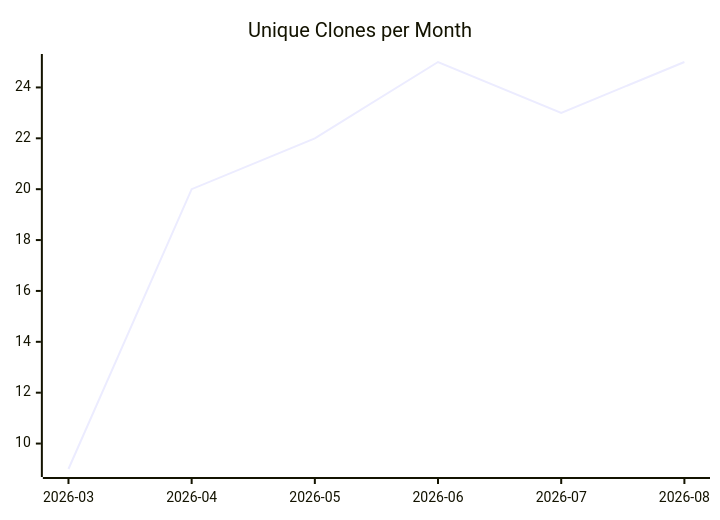
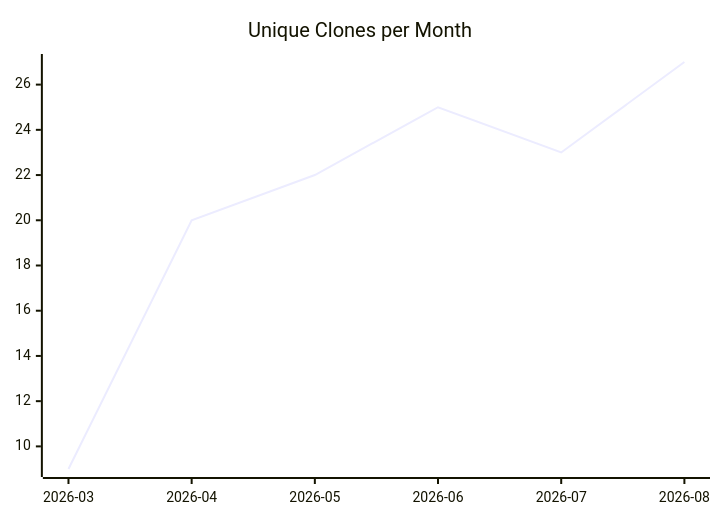
Before and after one commit to justdavis-family/github-analytics-data: the third of 3 diagrams in karlmdavis/kxml2/README.md, drawn with Mermaid. The commit also changed other lines of this file and 171 other files, not shown here.

````diff
--- a/karlmdavis/kxml2/README.md
+++ b/karlmdavis/kxml2/README.md
@@ -19,6 +19,6 @@
 ```mermaid
 xychart-beta
   title "Unique Clones per Month"
   x-axis ["2026-03", "2026-04", "2026-05", "2026-06", "2026-07", "2026-08"]
-  line [9, 20, 22, 25, 23, 25]
+  line [9, 20, 22, 25, 23, 27]
 ```
````
